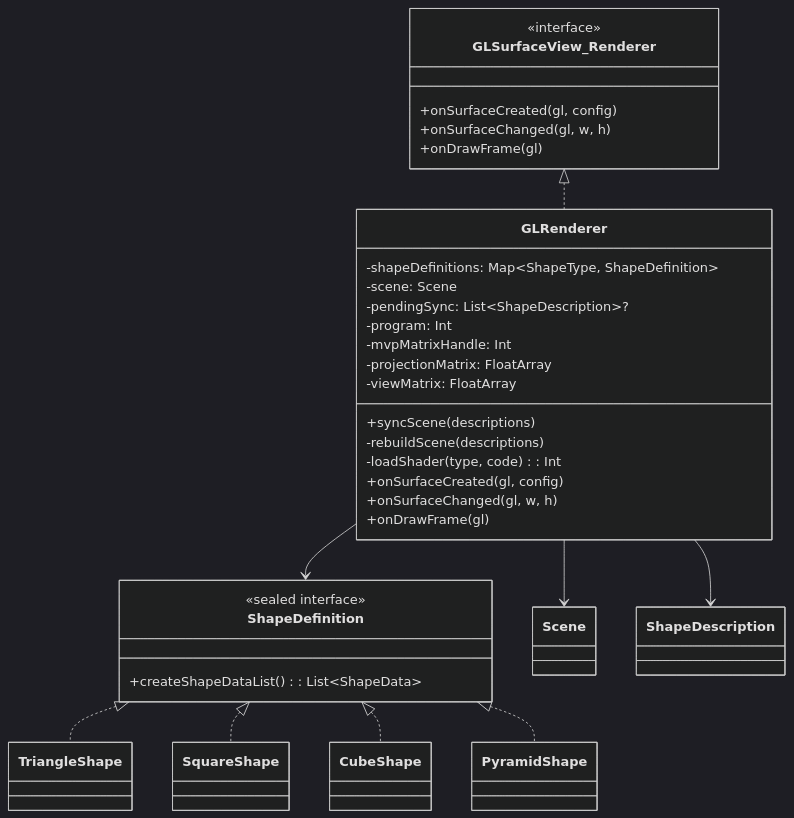
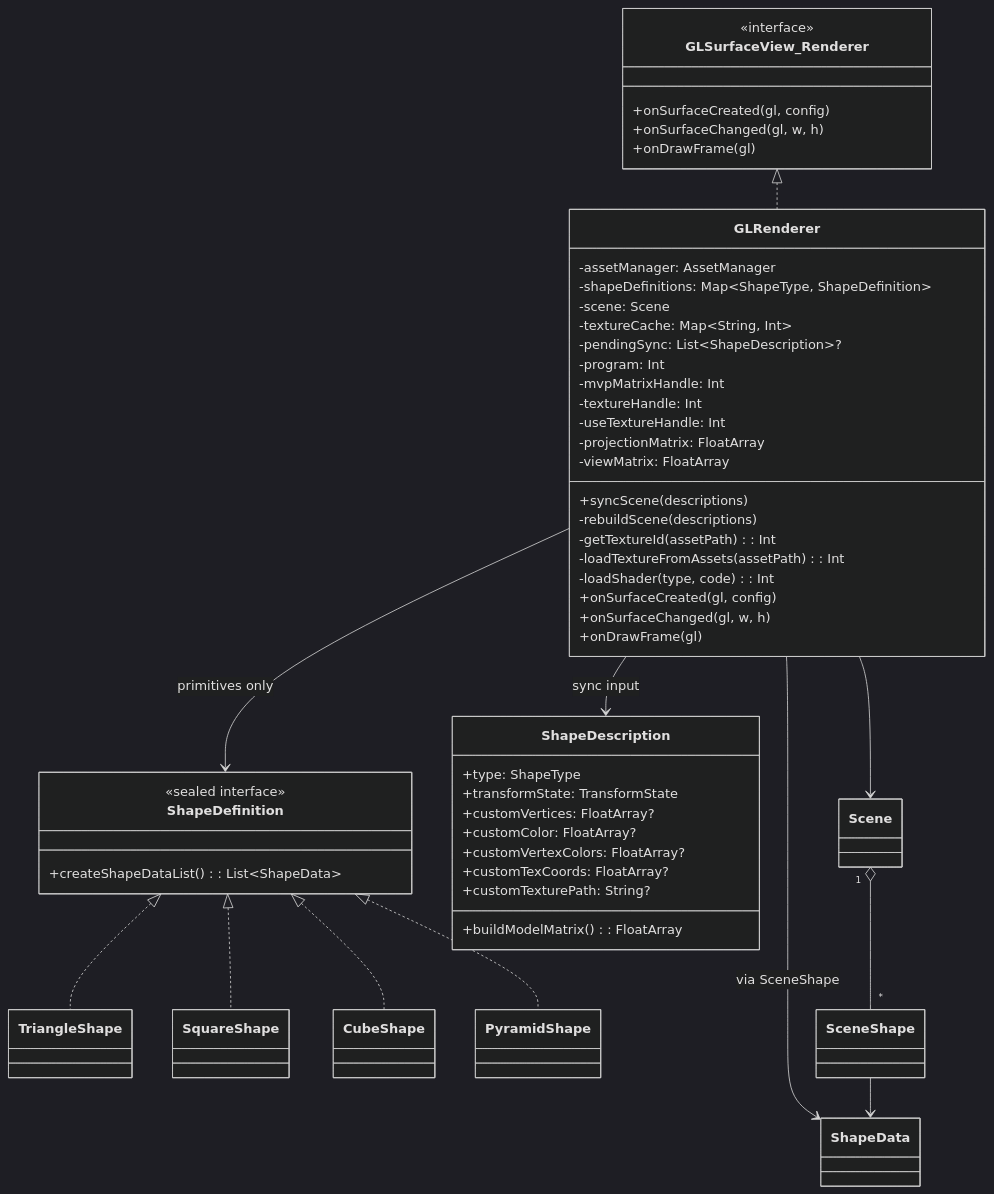
One commit to hr5h/GLViz changed the diagram in docs/uml/04-opengl-render-layer.md. Above: the diagram before and after it, drawn with Mermaid (dark theme). The commit also changed 11 other files, not shown here.

````diff
--- a/docs/uml/04-opengl-render-layer.md
+++ b/docs/uml/04-opengl-render-layer.md
@@ -3,45 +3,70 @@
 ```mermaid
 classDiagram
 direction TB
 
 class GLSurfaceView_Renderer {
   <<interface>>
   +onSurfaceCreated(gl, config)
   +onSurfaceChanged(gl, w, h)
   +onDrawFrame(gl)
 }
 
 class GLRenderer {
+  -assetManager: AssetManager
   -shapeDefinitions: Map~ShapeType, ShapeDefinition~
   -scene: Scene
+  -textureCache: Map~String, Int~
   -pendingSync: List~ShapeDescription~?
   -program: Int
   -mvpMatrixHandle: Int
+  -textureHandle: Int
+  -useTextureHandle: Int
   -projectionMatrix: FloatArray
   -viewMatrix: FloatArray
   +syncScene(descriptions)
   -rebuildScene(descriptions)
+  -getTextureId(assetPath): Int
+  -loadTextureFromAssets(assetPath): Int
   -loadShader(type, code): Int
   +onSurfaceCreated(gl, config)
   +onSurfaceChanged(gl, w, h)
   +onDrawFrame(gl)
 }
 
 class ShapeDefinition {
   <<sealed interface>>
   +createShapeDataList(): List~ShapeData~
 }
+
 class TriangleShape
 class SquareShape
 class CubeShape
 class PyramidShape
 
+class ShapeDescription {
+  +type: ShapeType
+  +transformState: TransformState
+  +customVertices: FloatArray?
+  +customColor: FloatArray?
+  +customVertexColors: FloatArray?
+  +customTexCoords: FloatArray?
+  +customTexturePath: String?
+  +buildModelMatrix(): FloatArray
+}
+
+class Scene
+class SceneShape
+class ShapeData
+
 GLSurfaceView_Renderer <|.. GLRenderer
 GLRenderer --> Scene
-GLRenderer --> ShapeDescription
-GLRenderer --> ShapeDefinition
+GLRenderer --> ShapeDescription : sync input
+GLRenderer --> ShapeDefinition : primitives only
+GLRenderer --> ShapeData : via SceneShape
 ShapeDefinition <|.. TriangleShape
 ShapeDefinition <|.. SquareShape
 ShapeDefinition <|.. CubeShape
 ShapeDefinition <|.. PyramidShape
+Scene "1" o-- "*" SceneShape
+SceneShape --> ShapeData
 ```
````
